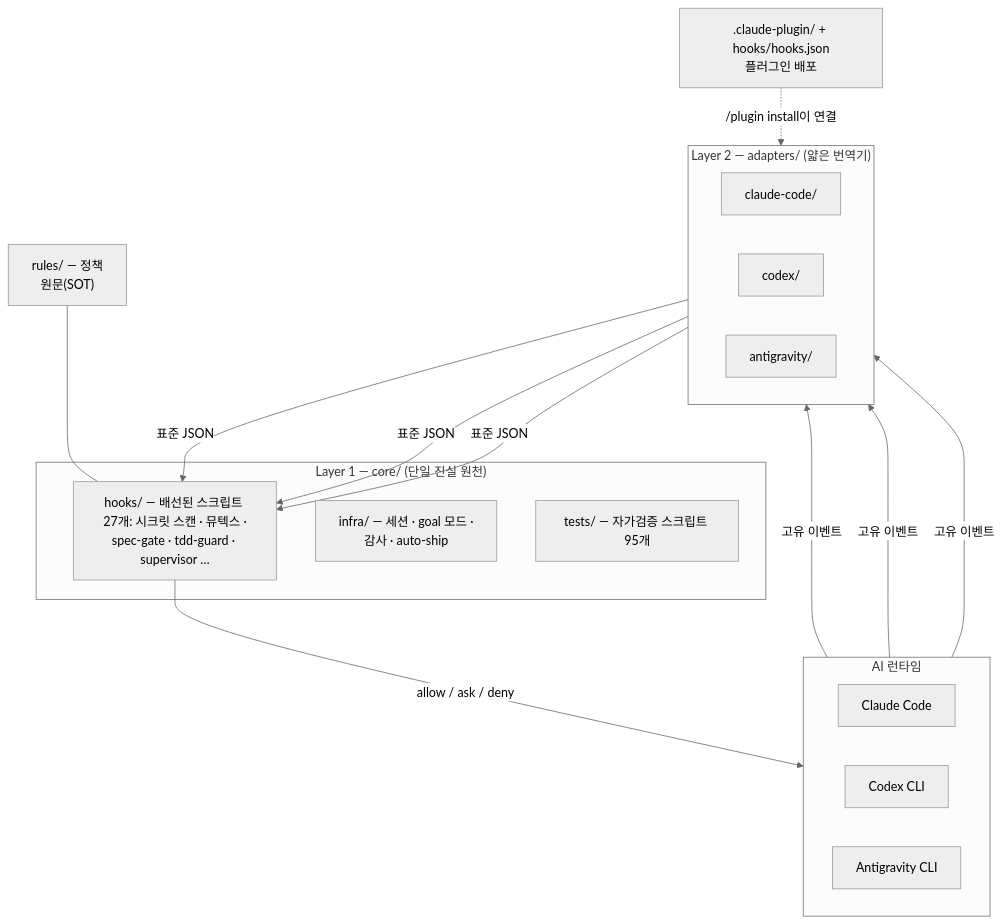
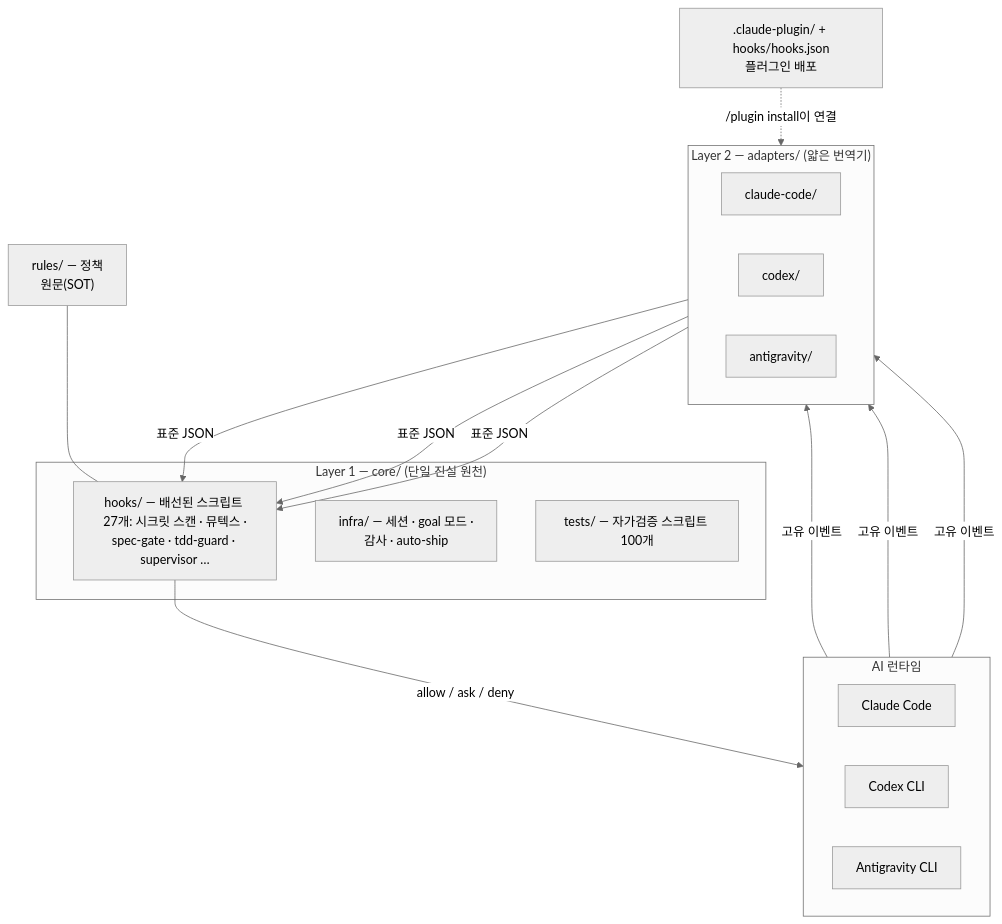
The second of 5 diagrams in README.ko.md (joymin5655/Agent), drawn with Mermaid (neutral theme) before and after one commit. The commit also changed other lines of this file and 39 other files, not shown here.

````diff
--- a/README.ko.md
+++ b/README.ko.md
@@ -284,32 +283,32 @@
 ```mermaid
 flowchart TB
     subgraph RT["AI 런타임"]
         direction LR
         CC["Claude Code"]
         CX["Codex CLI"]
         GM["Antigravity CLI"]
     end
     subgraph AD["Layer 2 — adapters/ (얇은 번역기)"]
         direction LR
         A1["claude-code/"]
         A2["codex/"]
         A3["antigravity/"]
     end
     subgraph CORE["Layer 1 — core/ (단일 진실 원천)"]
         H["hooks/ — 배선된 스크립트 27개: 시크릿 스캔 · 뮤텍스 ·<br/>spec-gate · tdd-guard · supervisor …"]
         I["infra/ — 세션 · goal 모드 ·<br/>감사 · auto-ship"]
-        T["tests/ — 자가검증 스크립트 95개"]
+        T["tests/ — 자가검증 스크립트 100개"]
     end
     R["rules/ — 정책<br/>원문(SOT)"]
     PLUG[".claude-plugin/ + hooks/hooks.json<br/>플러그인 배포"]
 
     CC -->|고유 이벤트| A1
     CX -->|고유 이벤트| A2
     GM -->|고유 이벤트| A3
     A1 -->|표준 JSON| H
     A2 -->|표준 JSON| H
     A3 -->|표준 JSON| H
     H -->|"allow / ask / deny"| RT
     R --- H
     PLUG -. "/plugin install이 연결" .-> A1
 ```
````
